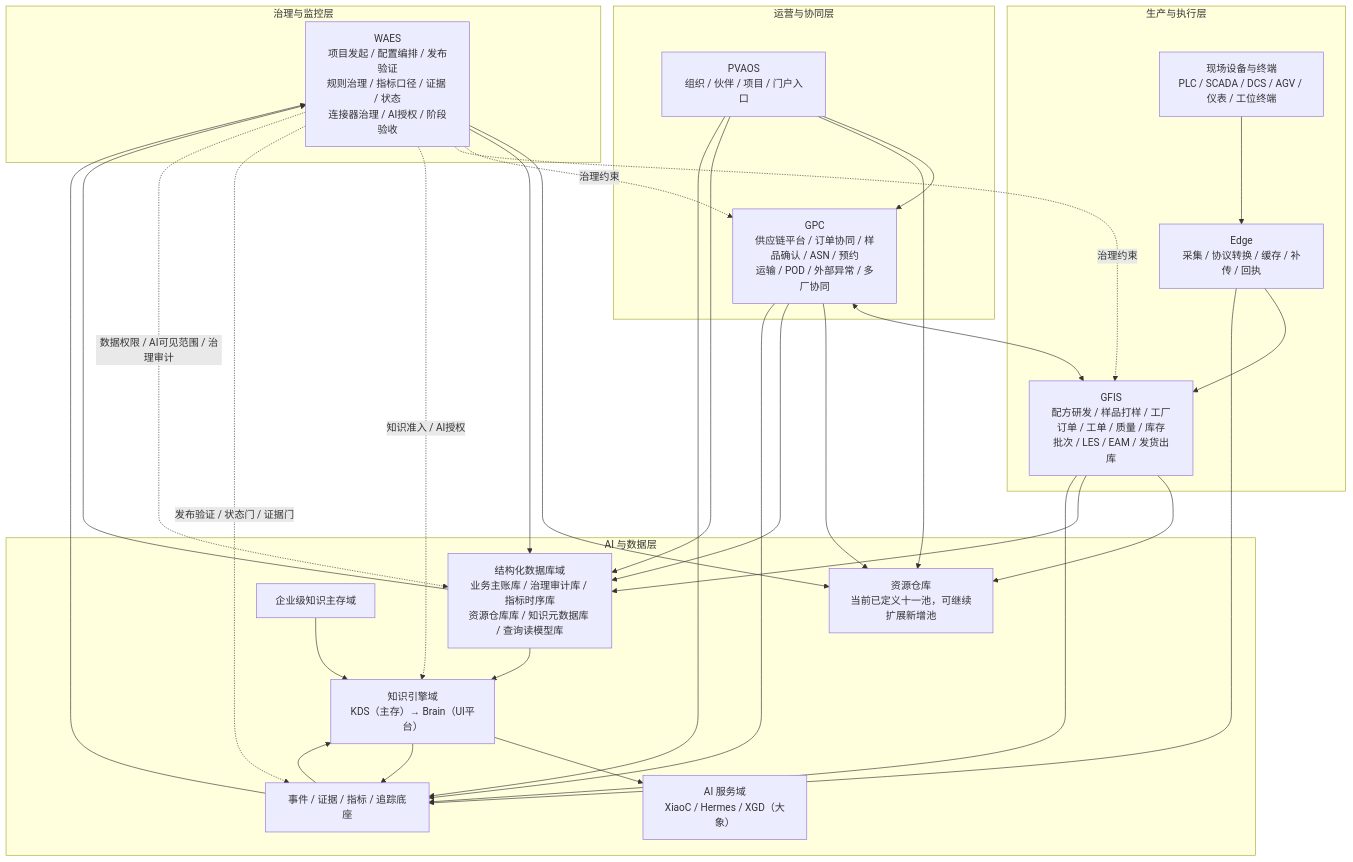
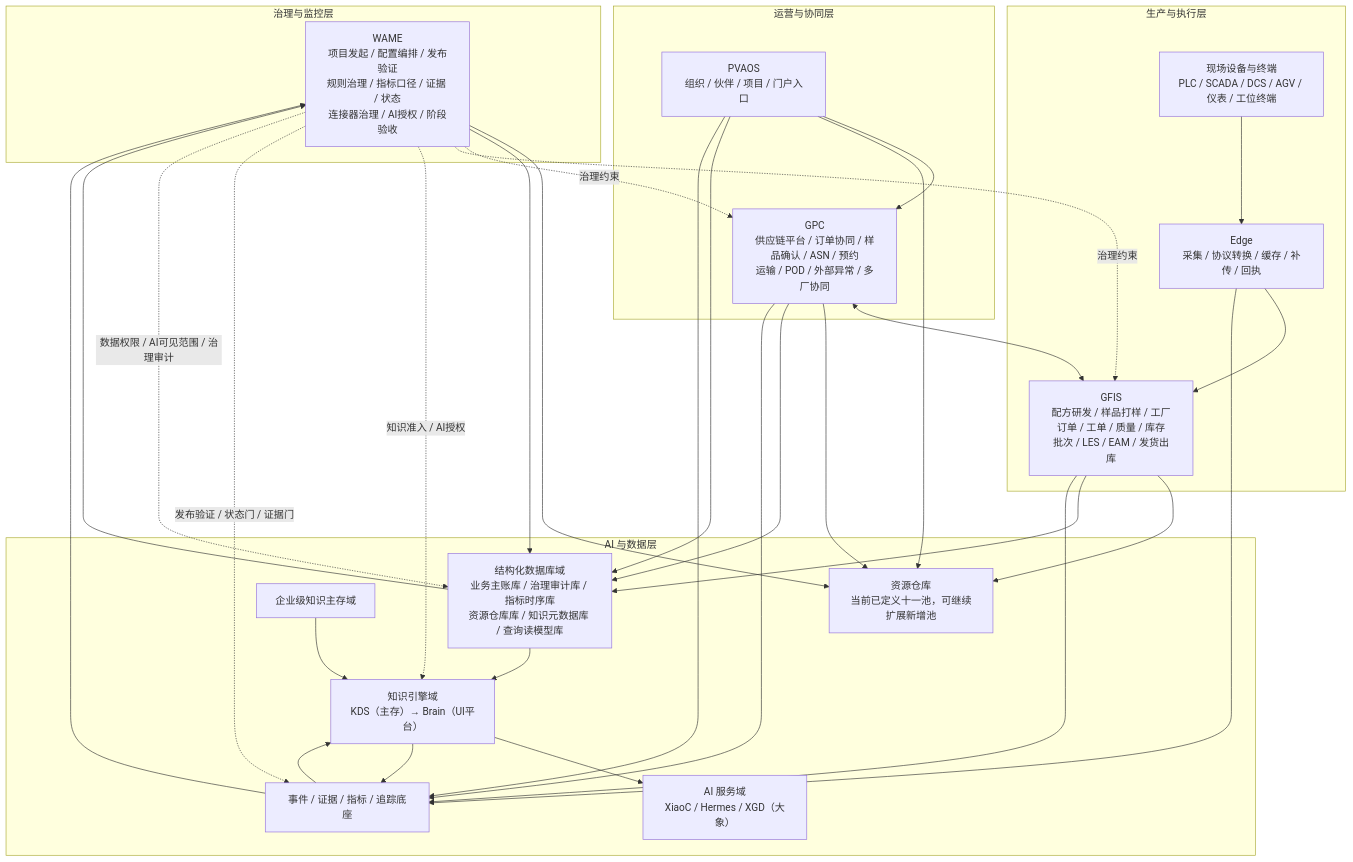
Before and after one commit to Jiumilu/GCGPCF: the diagram in 01-architecture/GlobalCloud绿色供应链体系真实层次架构图.md, drawn with Mermaid. The commit also changed other lines of this file and 968 other files, not shown here.

First line of the commit message:
docs(naming): WAES→WAME 命名与文档层全局同步（Markdown）

````diff
--- a/01-architecture/GlobalCloud绿色供应链体系真实层次架构图.md
+++ b/01-architecture/GlobalCloud绿色供应链体系真实层次架构图.md
@@ -27,75 +27,75 @@
 ```mermaid
 flowchart TB
   subgraph L1["治理与监控层"]
-    WAES["WAES
+    WAME["WAME
 项目发起 / 配置编排 / 发布验证
 规则治理 / 指标口径 / 证据 / 状态
 连接器治理 / AI授权 / 阶段验收"]
   end
 
   subgraph L2["运营与协同层"]
     PVAOS["PVAOS
 组织 / 伙伴 / 项目 / 门户入口"]
     GPC["GPC
 供应链平台 / 订单协同 / 样品确认 / ASN / 预约
 运输 / POD / 外部异常 / 多厂协同"]
   end
 
   subgraph L3["生产与执行层"]
     GFIS["GFIS
 配方研发 / 样品打样 / 工厂订单 / 工单 / 质量 / 库存
 批次 / LES / EAM / 发货出库"]
     EDGE["Edge
 采集 / 协议转换 / 缓存 / 补传 / 回执"]
     OT["现场设备与终端
 PLC / SCADA / DCS / AGV / 仪表 / 工位终端"]
   end
 
   subgraph L4["AI 与数据层"]
     POOLS["资源仓库
 当前已定义十一池，可继续扩展新增池"]
     DB["结构化数据库域
 业务主账库 / 治理审计库 / 指标时序库
 资源仓库库 / 知识元数据库 / 查询读模型库"]
     KMS["企业级知识主存域"]
     KE["知识引擎域
 KDS（主存）→ Brain（UI平台）"]
     AI["AI 服务域
 XiaoC / Hermes / XGD（大象）"]
     DATA["事件 / 证据 / 指标 / 追踪底座"]
   end
 
   PVAOS --> GPC
   GPC <--> GFIS
   OT --> EDGE --> GFIS
 
   PVAOS --> POOLS
   GPC --> POOLS
   GFIS --> POOLS
-  WAES --> POOLS
+  WAME --> POOLS
 
   PVAOS --> DB
   GPC --> DB
   GFIS --> DB
-  WAES --> DB
+  WAME --> DB
 
   KMS --> KE
   KE --> AI
 
   PVAOS --> DATA
   GPC --> DATA
   GFIS --> DATA
   EDGE --> DATA
   KE --> DATA
 
-  DATA --> WAES
+  DATA --> WAME
   DATA --> KE
-  DB --> WAES
+  DB --> WAME
   DB --> KE
 
-  WAES -. 治理约束 .-> GPC
-  WAES -. 治理约束 .-> GFIS
-  WAES -. 知识准入 / AI授权 .-> KE
-  WAES -. 发布验证 / 状态门 / 证据门 .-> DATA
-  WAES -. 数据权限 / AI可见范围 / 治理审计 .-> DB
+  WAME -. 治理约束 .-> GPC
+  WAME -. 治理约束 .-> GFIS
+  WAME -. 知识准入 / AI授权 .-> KE
+  WAME -. 发布验证 / 状态门 / 证据门 .-> DATA
+  WAME -. 数据权限 / AI可见范围 / 治理审计 .-> DB
 ```
````
